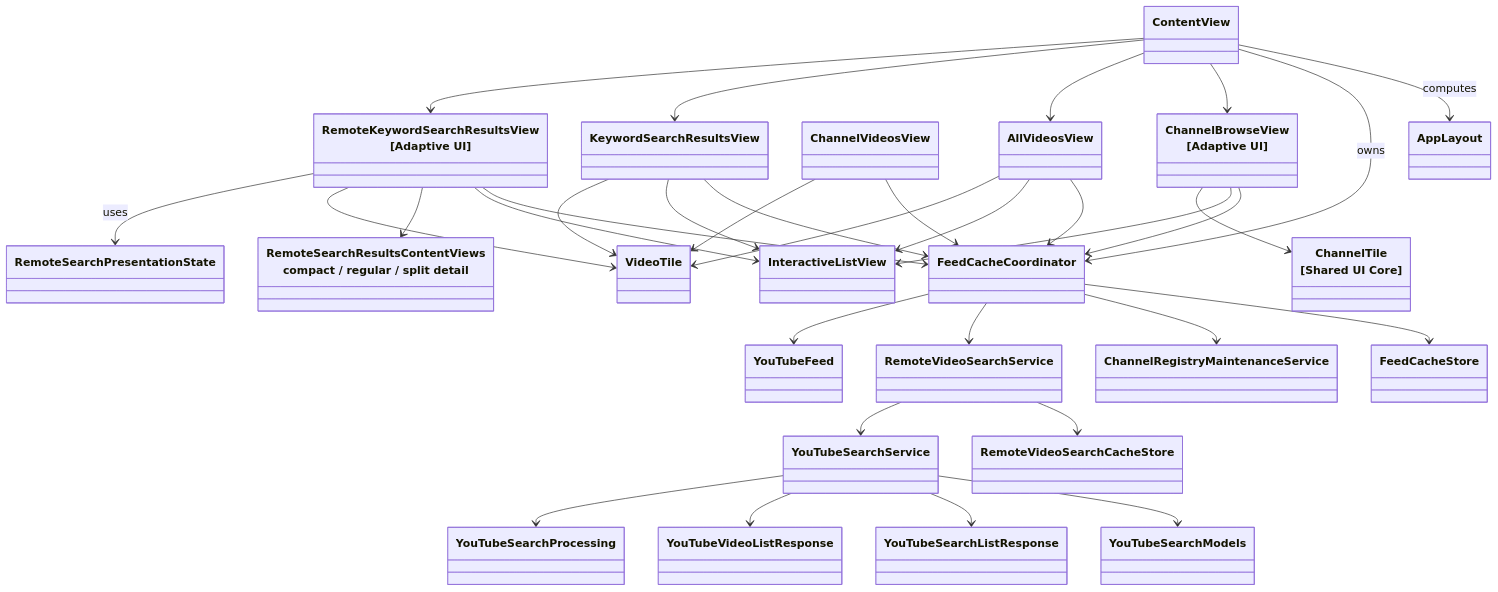
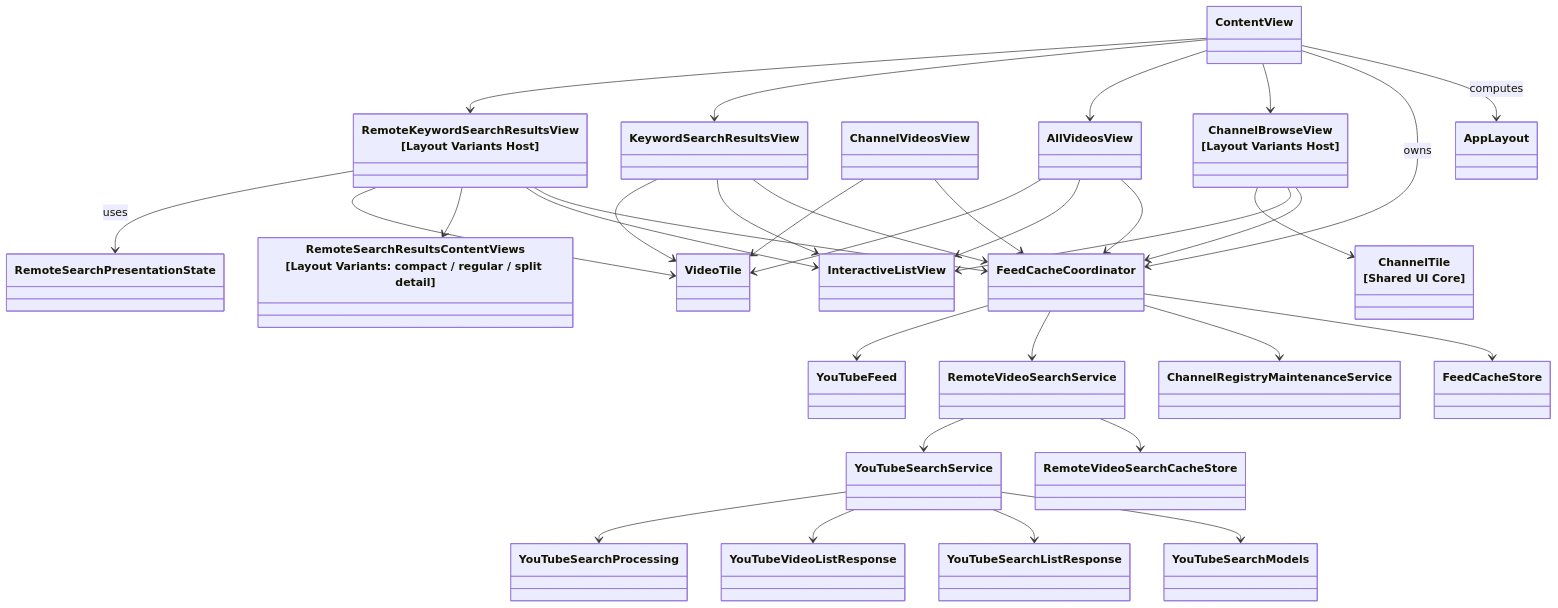
Before and after one commit to horikuma/YoutubeFeeder: the second of 4 diagrams in docs/human-view/design-overview.md, drawn with Mermaid. The commit also changed other lines of this file and 3 other files, not shown here.

````diff
--- a/docs/human-view/design-overview.md
+++ b/docs/human-view/design-overview.md
@@ -21,63 +21,63 @@
 ```mermaid
 classDiagram
     class ContentView
     class AppLayout
     class FeedCacheCoordinator
-    class ChannelBrowseView["ChannelBrowseView<br/>[Adaptive UI]"]
+    class ChannelBrowseView["ChannelBrowseView<br/>[Layout Variants Host]"]
     class ChannelVideosView
     class AllVideosView
     class KeywordSearchResultsView
-    class RemoteKeywordSearchResultsView["RemoteKeywordSearchResultsView<br/>[Adaptive UI]"]
-    class RemoteSearchResultsContentViews["RemoteSearchResultsContentViews<br/>compact / regular / split detail"]
+    class RemoteKeywordSearchResultsView["RemoteKeywordSearchResultsView<br/>[Layout Variants Host]"]
+    class RemoteSearchResultsContentViews["RemoteSearchResultsContentViews<br/>[Layout Variants: compact / regular / split detail]"]
     class InteractiveListView
     class ChannelTile["ChannelTile<br/>[Shared UI Core]"]
     class VideoTile
     class FeedCacheStore
     class ChannelRegistryMaintenanceService
     class RemoteVideoSearchService
     class RemoteVideoSearchCacheStore
     class YouTubeFeed
     class YouTubeSearchService
     class YouTubeSearchModels
     class YouTubeSearchListResponse
     class YouTubeVideoListResponse
     class YouTubeSearchProcessing
     class RemoteSearchPresentationState
 
     ContentView --> AppLayout : computes
     ContentView --> FeedCacheCoordinator : owns
     ContentView --> ChannelBrowseView
     ContentView --> AllVideosView
     ContentView --> KeywordSearchResultsView
     ContentView --> RemoteKeywordSearchResultsView
 
     ChannelBrowseView --> FeedCacheCoordinator
     ChannelVideosView --> FeedCacheCoordinator
     AllVideosView --> FeedCacheCoordinator
     KeywordSearchResultsView --> FeedCacheCoordinator
     RemoteKeywordSearchResultsView --> FeedCacheCoordinator
 
     ChannelBrowseView --> InteractiveListView
     RemoteKeywordSearchResultsView --> InteractiveListView
     RemoteKeywordSearchResultsView --> RemoteSearchResultsContentViews
     AllVideosView --> InteractiveListView
     KeywordSearchResultsView --> InteractiveListView
     ChannelVideosView --> VideoTile
     AllVideosView --> VideoTile
     KeywordSearchResultsView --> VideoTile
     RemoteKeywordSearchResultsView --> VideoTile
     ChannelBrowseView --> ChannelTile
 
     FeedCacheCoordinator --> FeedCacheStore
     FeedCacheCoordinator --> ChannelRegistryMaintenanceService
     FeedCacheCoordinator --> RemoteVideoSearchService
     RemoteVideoSearchService --> RemoteVideoSearchCacheStore
     RemoteVideoSearchService --> YouTubeSearchService
     FeedCacheCoordinator --> YouTubeFeed
     YouTubeSearchService --> YouTubeSearchModels
     YouTubeSearchService --> YouTubeSearchListResponse
     YouTubeSearchService --> YouTubeVideoListResponse
     YouTubeSearchService --> YouTubeSearchProcessing
 
     RemoteKeywordSearchResultsView --> RemoteSearchPresentationState : uses
 ```
````
